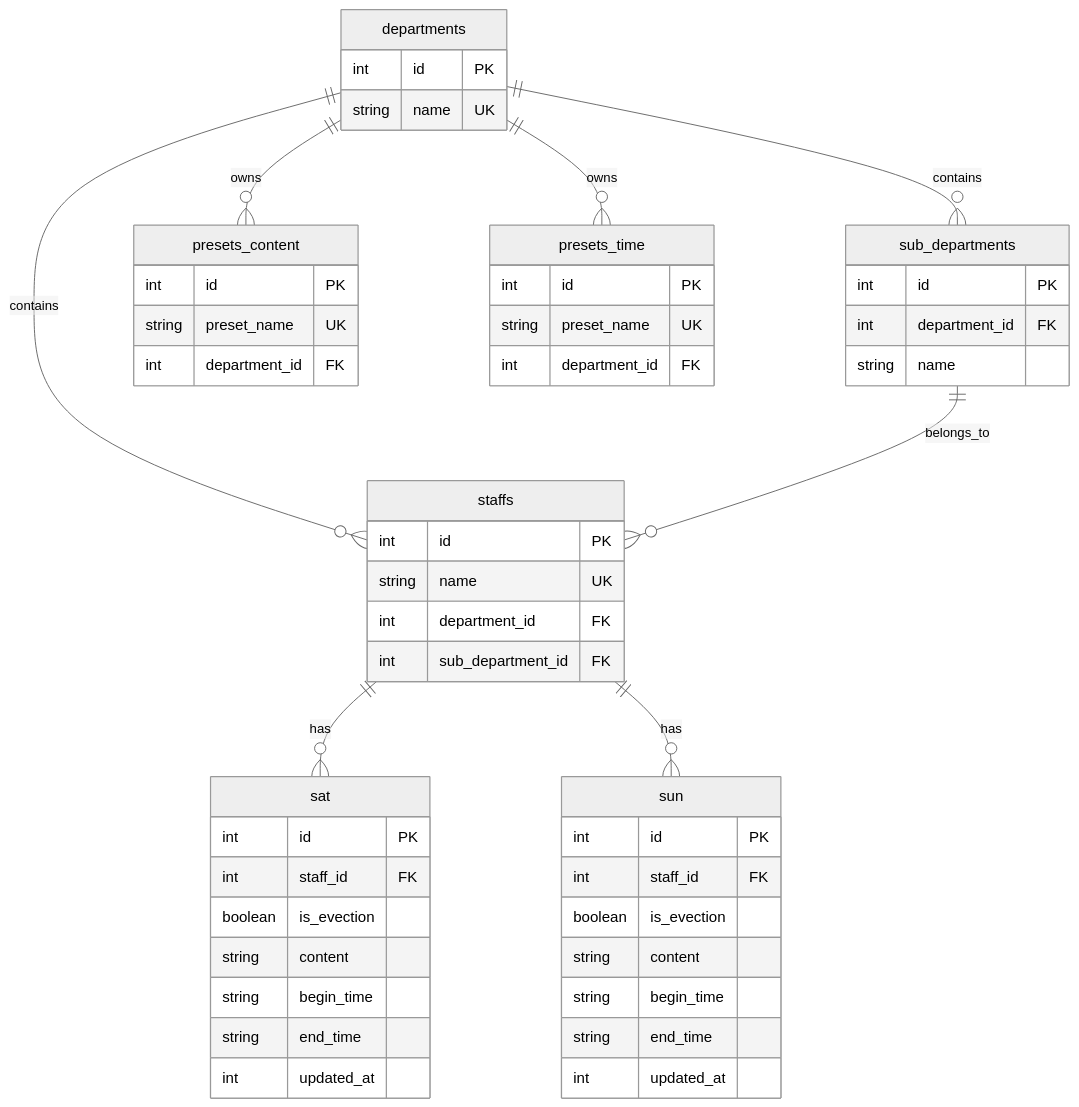
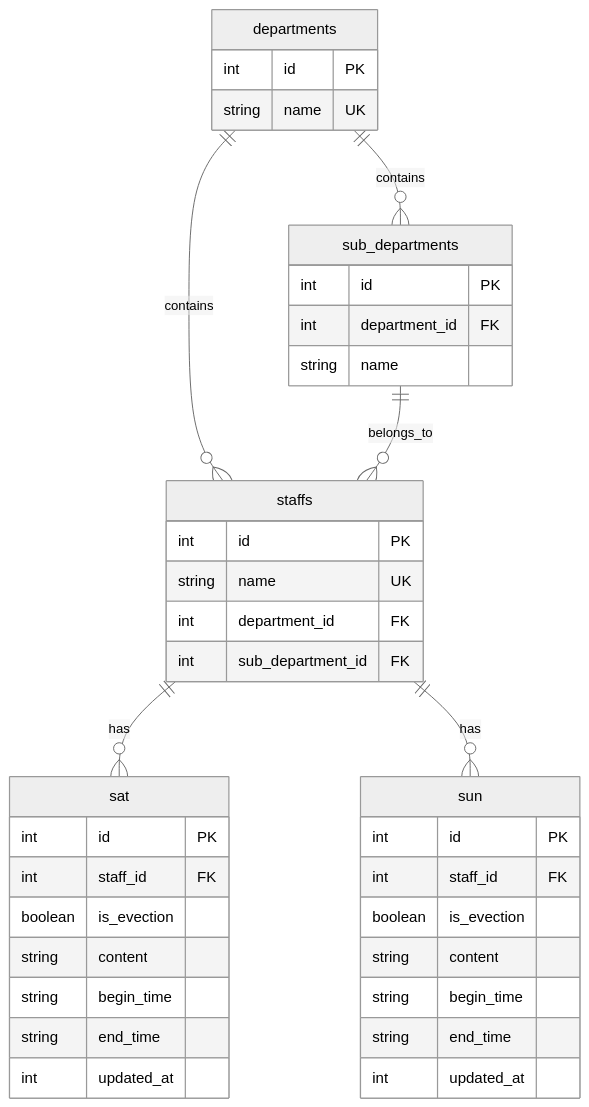
One commit to wlhd7/dz-weekend-overtime changed the third of 3 diagrams in PRD.md. Above: the diagram before and after it, drawn with Mermaid (neutral theme). The commit also changed other lines of this file and 3 other files, not shown here.

````diff
--- a/PRD.md
+++ b/PRD.md
@@ -159,60 +147,46 @@
 ```mermaid
 erDiagram
     departments ||--o{ staffs : contains
     departments ||--o{ sub_departments : contains
     sub_departments ||--o{ staffs : belongs_to
     staffs ||--o{ sat : has
     staffs ||--o{ sun : has
-    departments ||--o{ presets_content : owns
-    departments ||--o{ presets_time : owns
 
     departments {
         int id PK
         string name UK
     }
     
     sub_departments {
         int id PK
         int department_id FK
         string name
     }
     
     staffs {
         int id PK
         string name UK
         int department_id FK
         int sub_department_id FK
     }
     
     sat {
         int id PK
         int staff_id FK
         boolean is_evection
         string content
         string begin_time
         string end_time
         int updated_at
     }
     
     sun {
         int id PK
         int staff_id FK
         boolean is_evection
         string content
         string begin_time
         string end_time
         int updated_at
     }
-    
-    presets_content {
-        int id PK
-        string preset_name UK
-        int department_id FK
-    }
-    
-    presets_time {
-        int id PK
-        string preset_name UK
-        int department_id FK
-    }
 ```
````
